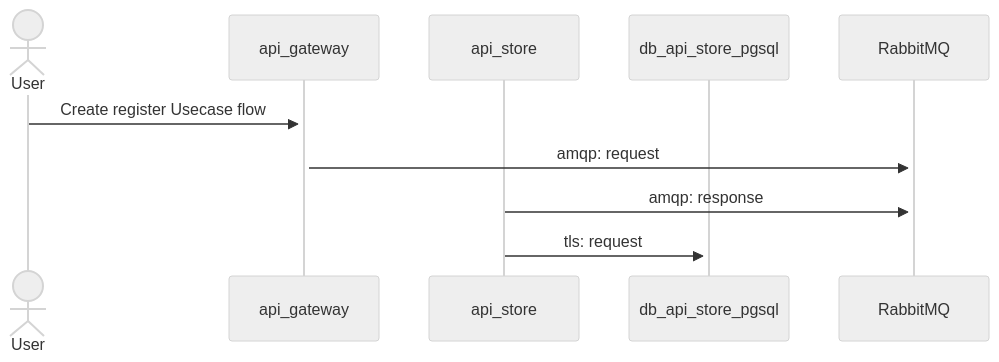
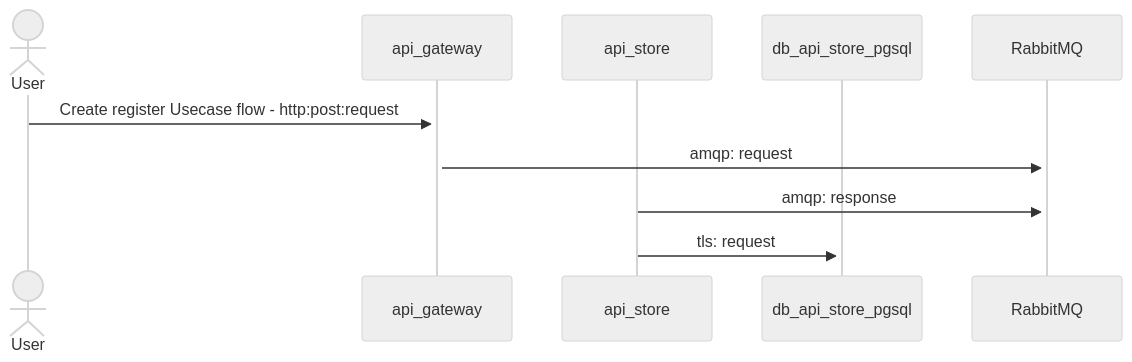
Before and after one commit to cristiano182/node.js-grpc-rabbitmq: the first of 2 diagrams in README.md, drawn with Mermaid (neutral theme). The commit also changed other lines of this file, not shown here.

````diff
--- a/README.md
+++ b/README.md
@@ -3,13 +3,13 @@
 ```mermaid
 sequenceDiagram
     actor User
     participant api_gateway
     participant api_store
     participant db_api_store_pgsql
     participant RabbitMQ
 
-    User  ->>+ api_gateway: Create register Usecase flow
+    User  ->>+ api_gateway: Create register Usecase flow - http:post:request
     api_gateway     ->>+ RabbitMQ:     amqp: request
     api_store     ->>+ RabbitMQ:      amqp: response
     api_store      ->>+ db_api_store_pgsql: tls: request
 ```
````
